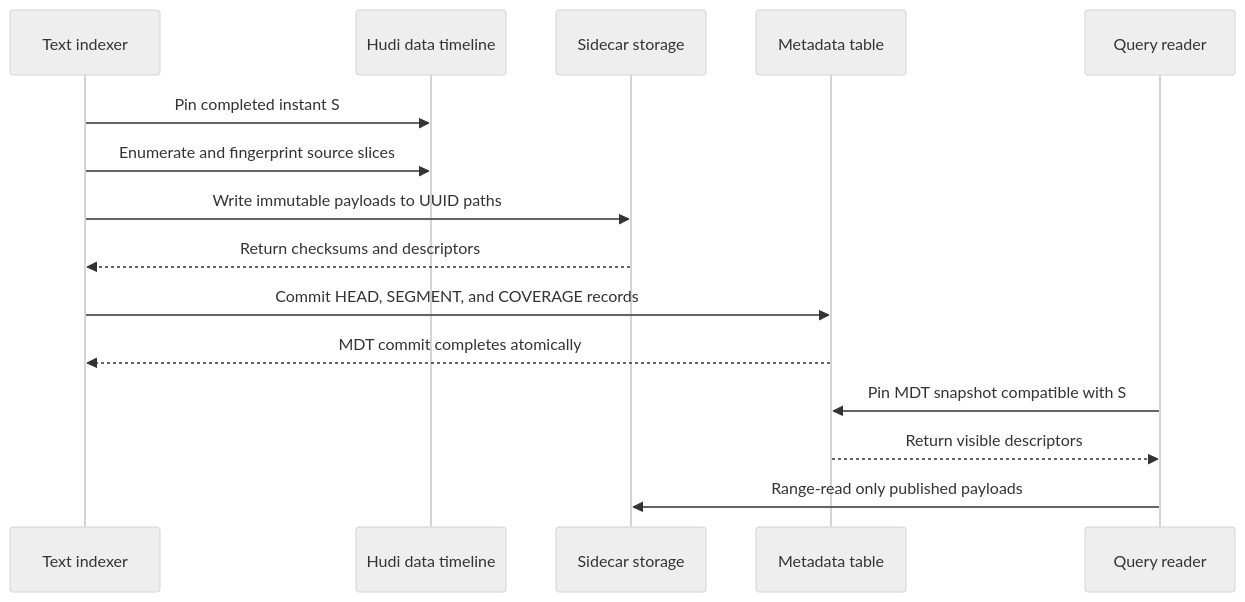
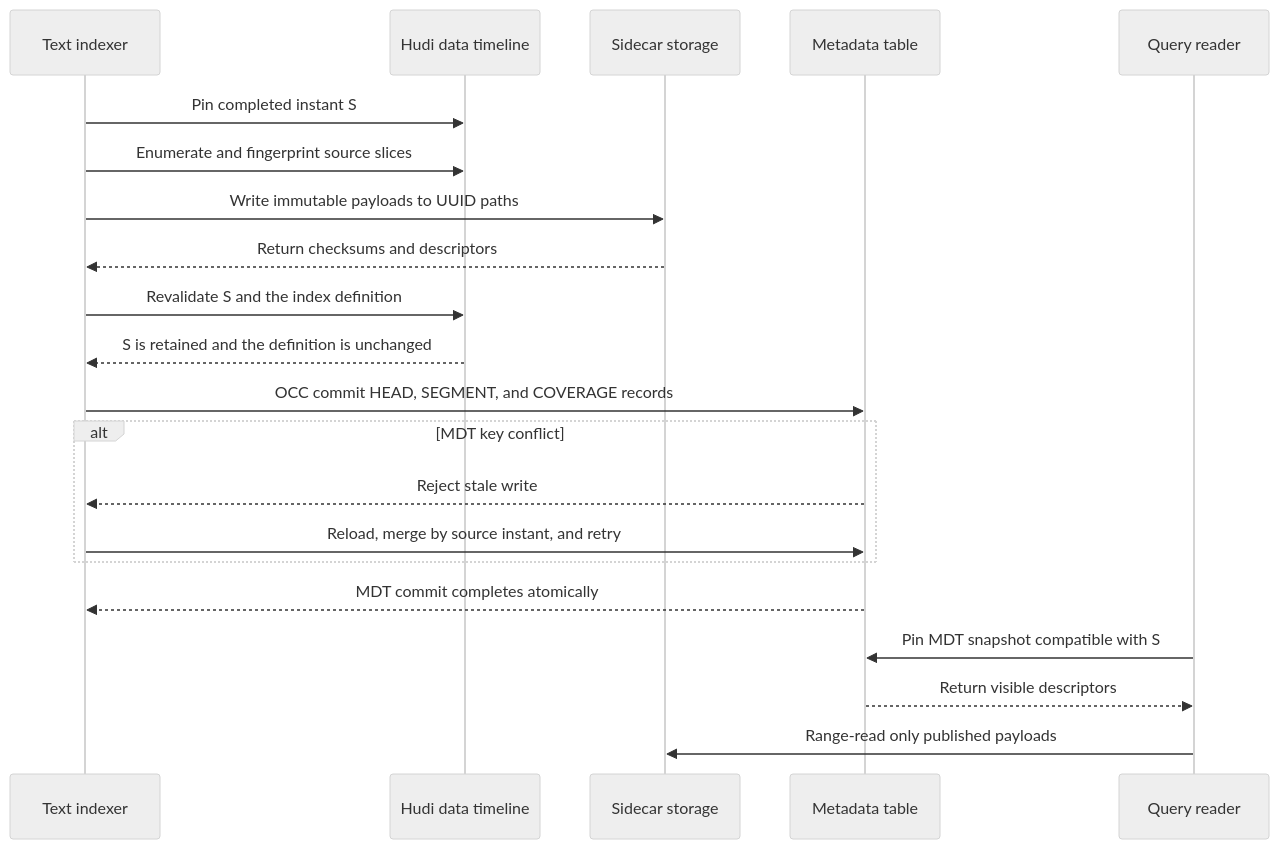
One commit to apache/hudi changed the third of 4 diagrams in rfc/rfc-full-text-search/rfc-full-text-search.md. Above: the diagram before and after it, drawn with Mermaid (neutral theme). The commit also changed other lines of this file, not shown here.

Commit message:
docs: clarify text index correctness and scaling

````diff
--- a/rfc/rfc-full-text-search/rfc-full-text-search.md
+++ b/rfc/rfc-full-text-search/rfc-full-text-search.md
@@ -514,18 +578,24 @@
 ```mermaid
 sequenceDiagram
     participant I as Text indexer
     participant D as Hudi data timeline
     participant S as Sidecar storage
     participant M as Metadata table
     participant Q as Query reader
 
     I->>D: Pin completed instant S
     I->>D: Enumerate and fingerprint source slices
     I->>S: Write immutable payloads to UUID paths
     S-->>I: Return checksums and descriptors
-    I->>M: Commit HEAD, SEGMENT, and COVERAGE records
+    I->>D: Revalidate S and the index definition
+    D-->>I: S is retained and the definition is unchanged
+    I->>M: OCC commit HEAD, SEGMENT, and COVERAGE records
+    alt MDT key conflict
+        M-->>I: Reject stale write
+        I->>M: Reload, merge by source instant, and retry
+    end
     M-->>I: MDT commit completes atomically
     Q->>M: Pin MDT snapshot compatible with S
     M-->>Q: Return visible descriptors
     Q->>S: Range-read only published payloads
 ```
````
